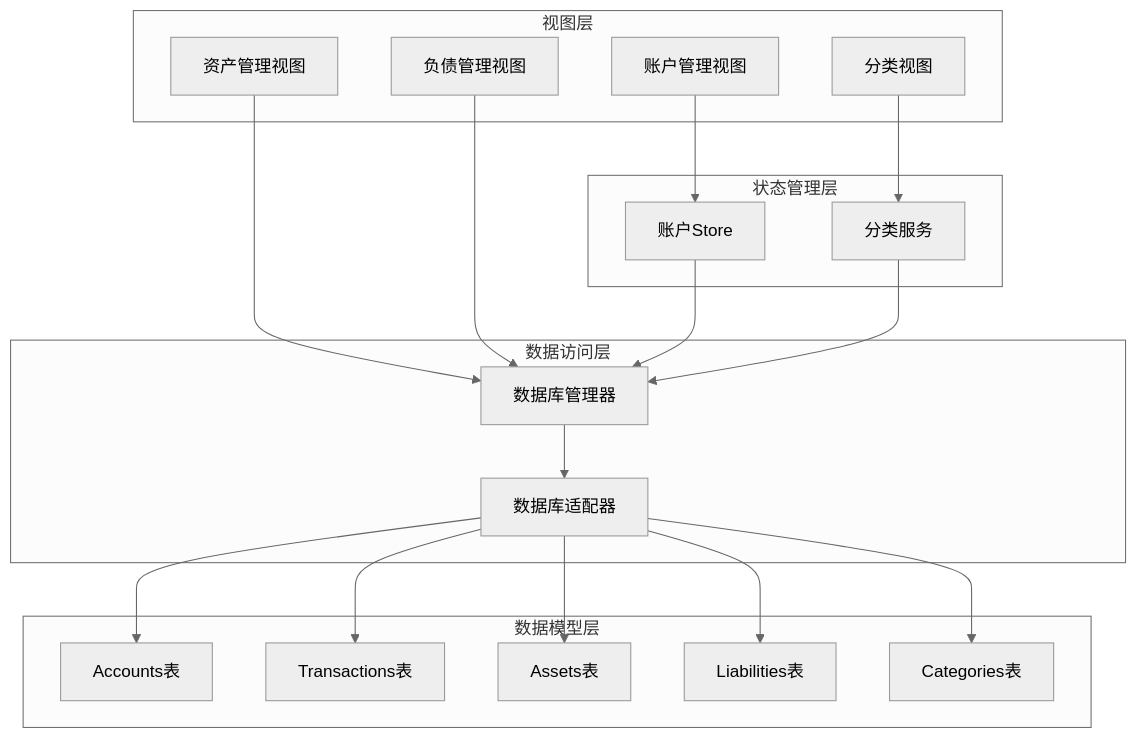
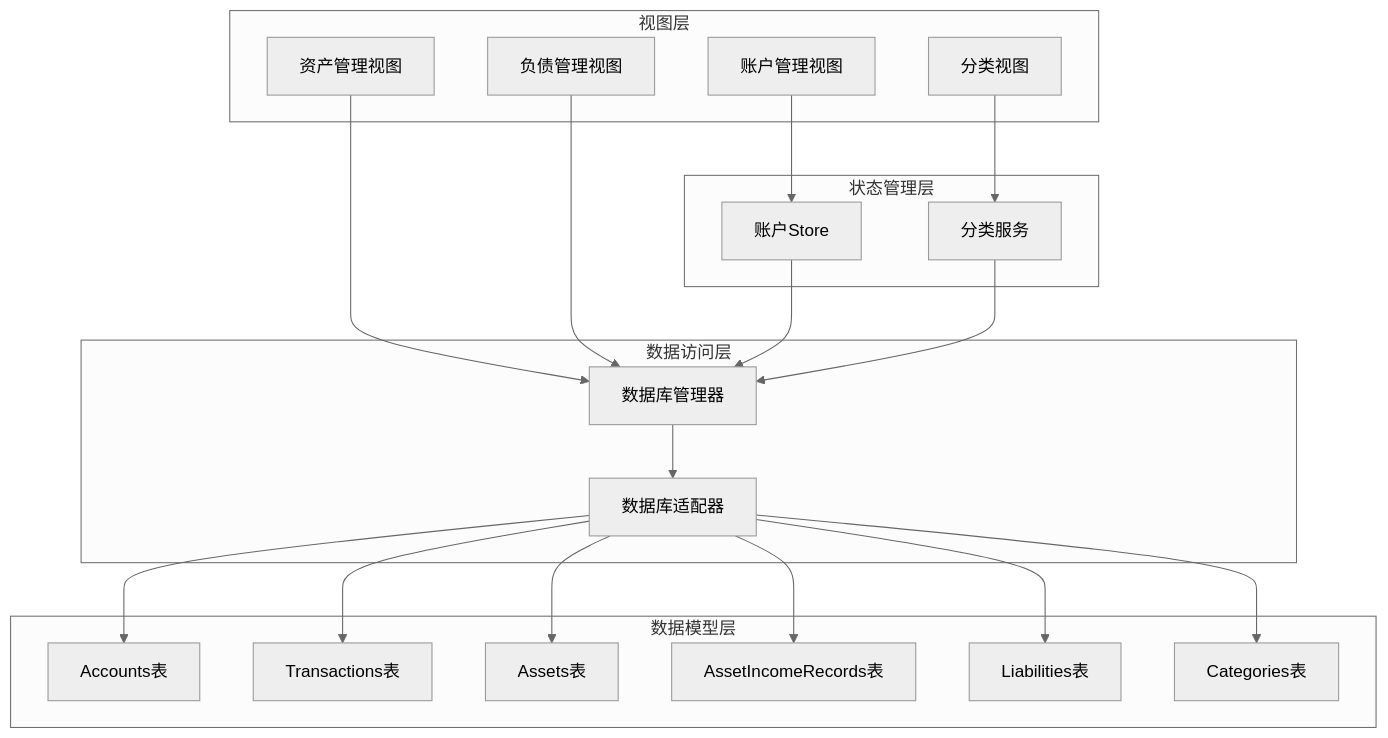
Before and after one commit to xiao-lin-unit/yuan: the eighth of 9 diagrams in .qoder/repowiki/zh/content/数据库管理/数据库设计.md, drawn with Mermaid (neutral theme). The commit also changed other lines of this file and 18 other files, not shown here.

````diff
--- a/.qoder/repowiki/zh/content/数据库管理/数据库设计.md
+++ b/.qoder/repowiki/zh/content/数据库管理/数据库设计.md
@@ -440,36 +496,38 @@
 ```mermaid
 graph TB
 subgraph "视图层"
 AccountView[账户管理视图]
 AssetView[资产管理视图]
 LiabilityView[负债管理视图]
 CategoryView[分类视图]
 end
 subgraph "状态管理层"
 AccountStore[账户Store]
 CategoryService[分类服务]
 end
 subgraph "数据访问层"
 DatabaseManager[数据库管理器]
 DatabaseAdapter[数据库适配器]
 end
 subgraph "数据模型层"
 Accounts[Accounts表]
 Transactions[Transactions表]
 Assets[Assets表]
+AssetIncomeRecords[AssetIncomeRecords表]
 Liabilities[Liabilities表]
 Categories[Categories表]
 end
 AccountView --> AccountStore
 AssetView --> DatabaseManager
 LiabilityView --> DatabaseManager
 CategoryView --> CategoryService
 AccountStore --> DatabaseManager
 CategoryService --> DatabaseManager
 DatabaseManager --> DatabaseAdapter
 DatabaseAdapter --> Accounts
 DatabaseAdapter --> Transactions
 DatabaseAdapter --> Assets
+DatabaseAdapter --> AssetIncomeRecords
 DatabaseAdapter --> Liabilities
 DatabaseAdapter --> Categories
 ```
````
